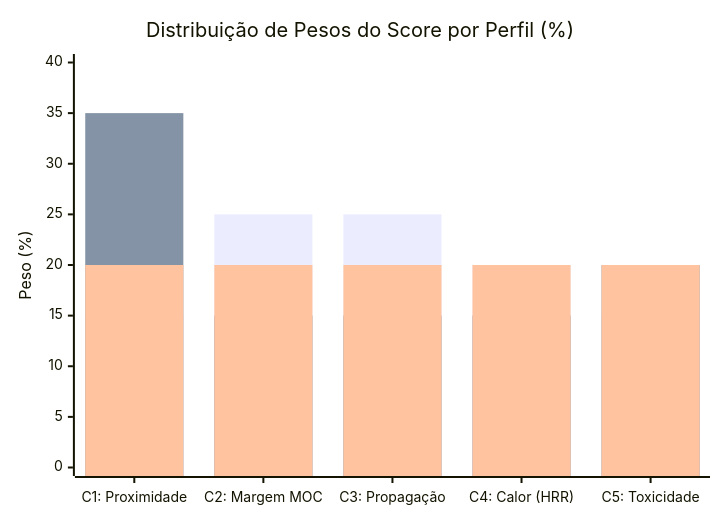
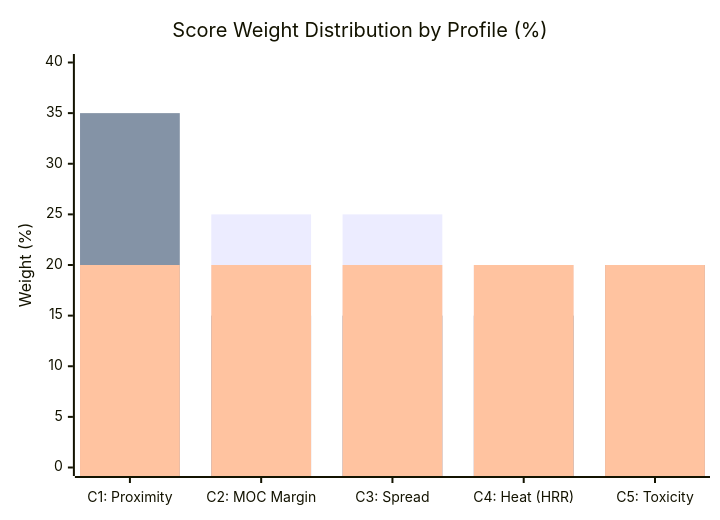
Before and after one commit to praedecis-labs/blue-ember: the second of 3 diagrams in docs/relatorio-arquitetura-blue-ember.md, drawn with Mermaid. The commit also changed other lines of this file and 57 other files, not shown here.

````diff
--- a/docs/relatorio-arquitetura-blue-ember.md
+++ b/docs/relatorio-arquitetura-blue-ember.md
@@ -69,9 +69,9 @@
 ```mermaid
 xychart-beta
-    title "Distribuição de Pesos do Score por Perfil (%)"
-    x-axis ["C1: Proximidade", "C2: Margem MOC", "C3: Propagação", "C4: Calor (HRR)", "C5: Toxicidade"]
-    y-axis "Peso (%)" 0 --> 40
+    title "Score Weight Distribution by Profile (%)"
+    x-axis ["C1: Proximity", "C2: MOC Margin", "C3: Spread", "C4: Heat (HRR)", "C5: Toxicity"]
+    y-axis "Weight (%)" 0 --> 40
     bar [15, 25, 25, 20, 15]
     bar [35, 15, 15, 15, 20]
     bar [20, 20, 20, 20, 20]
 ```
````
